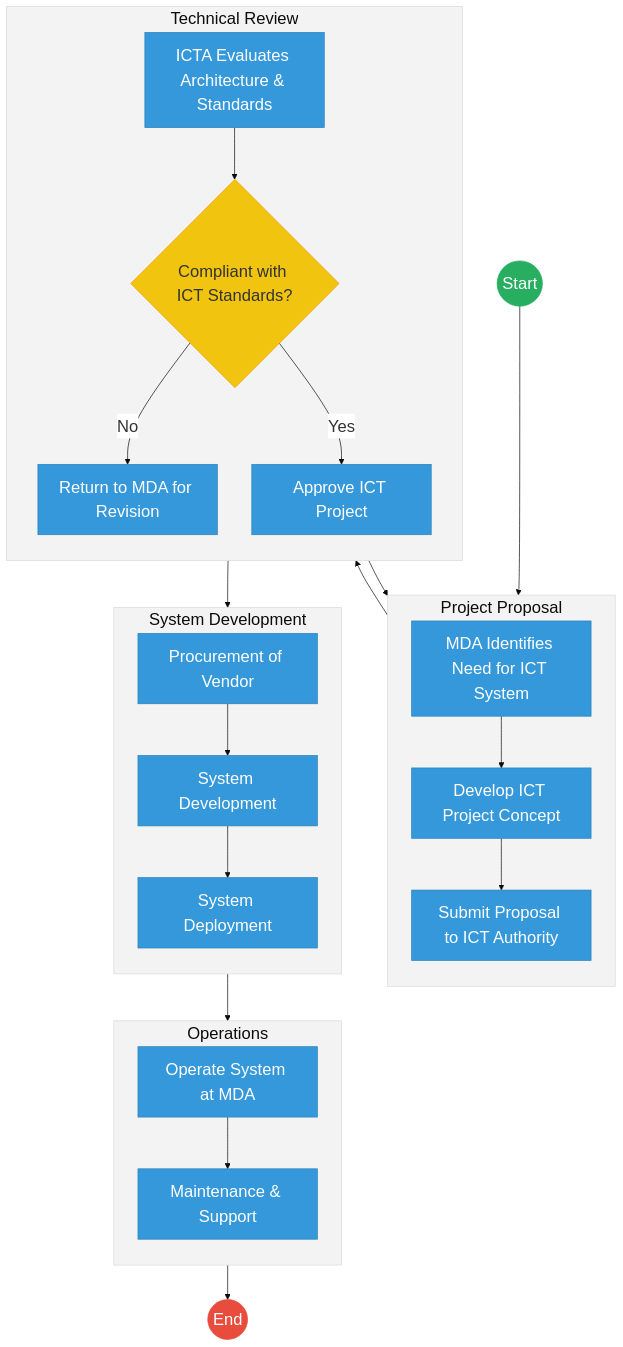
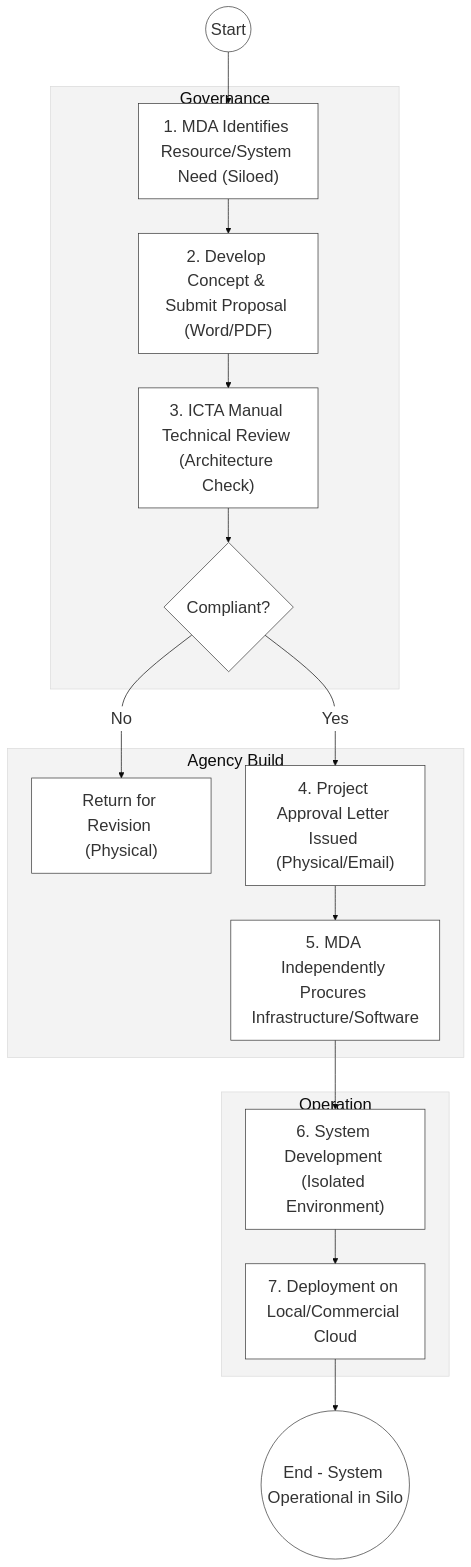
Before and after one commit to BITZ-IT-Consulting-LTD/ictapoc: the first of 2 diagrams in mdas/docs_final/priority_mdas/ICT_Authority___Service_Delivery.md, drawn with Mermaid. The commit also changed other lines of this file and 37 other files, not shown here.

````diff
--- a/mdas/docs_final/priority_mdas/ICT_Authority___Service_Delivery.md
+++ b/mdas/docs_final/priority_mdas/ICT_Authority___Service_Delivery.md
@@ -60,47 +77,24 @@
 ```mermaid
 %%{init: { 'theme': 'base', 'themeVariables': { 'fontSize': '24px', 'fontFamily': 'Inter, system-ui, sans-serif', 'primaryColor': '#ffffff', 'edgeLabelBackground':'#ffffff', 'tertiaryColor': '#f3f3f3', 'mainBkg': '#ffffff', 'nodeBorder': '#333333' } } }%%
-graph TD
-    Start((Start)) --> Need["MDA Identifies Need for ICT System"]
+flowchart TD
+    Start((Start)) --> Need["1. MDA Identifies Resource/System Need (Siloed)"]
     
-    subgraph Proposal["Project Proposal"]
-        direction TB
-        Need --> Concept["Develop ICT Project Concept"]
-        Concept --> Submit["Submit Proposal to ICT Authority"]
+    subgraph Review_Silo["Governance"]
+        Need --> Concept["2. Develop Concept & Submit Proposal (Word/PDF)"]
+        Concept --> Review["3. ICTA Manual Technical Review (Architecture Check)"]
+        Review --> Decision{"Compliant?"}
     end
-    
-    subgraph Review["Technical Review"]
-        direction TB
-        Submit --> Evaluate["ICTA Evaluates Architecture & Standards"]
-        Evaluate --> Decision{"Compliant with ICT Standards?"}
-        
-        Decision -- "No" --> Revise["Return to MDA for Revision"]
-        Revise --> Concept
-        
-        Decision -- "Yes" --> Approve["Approve ICT Project"]
+
+    subgraph Implementation_Silo["Agency Build"]
+        Decision -- "No" --> Fix["Return for Revision (Physical)"]
+        Decision -- "Yes" --> Appr["4. Project Approval Letter Issued (Physical/Email)"]
+        Appr --> Procure["5. MDA Independently Procures Infrastructure/Software"]
     end
-    
-    subgraph Implementation["System Development"]
-        direction TB
-        Approve --> Procurement["Procurement of Vendor"]
-        Procurement --> Build["System Development"]
-        Build --> Deploy["System Deployment"]
+
+    subgraph Delivery_Layer["Operation"]
+        Procure --> Build["6. System Development (Isolated Environment)"]
+        Build --> Deploy["7. Deployment on Local/Commercial Cloud"]
     end
-    
-    subgraph Operations["Operations"]
-        direction TB
-        Deploy --> Operate["Operate System at MDA"]
-        Operate --> Maintain["Maintenance & Support"]
-    end
-    
-    Maintain --> End((End))
 
-    classDef start fill:#27ae60,stroke:#27ae60,color:#fff,font-size:24px,font-size:24px;;
-    classDef endNode fill:#e74c3c,stroke:#e74c3c,color:#fff,font-size:24px,font-size:24px;;
-    classDef userTask fill:#3498db,stroke:#2980b9,color:#fff,font-size:24px,font-size:24px;;
-    classDef gateway fill:#f1c40f,stroke:#f39c12,color:#333,font-size:24px,font-size:24px;;
-    
-    class Start start;
-    class End endNode;
-    class Decision gateway;
-    class Need,Concept,Submit,Evaluate,Revise,Approve,Procurement,Build,Deploy,Operate,Maintain userTask;
+    Deploy --> EndProcess(("End - System Operational in Silo"))
 ```
````
